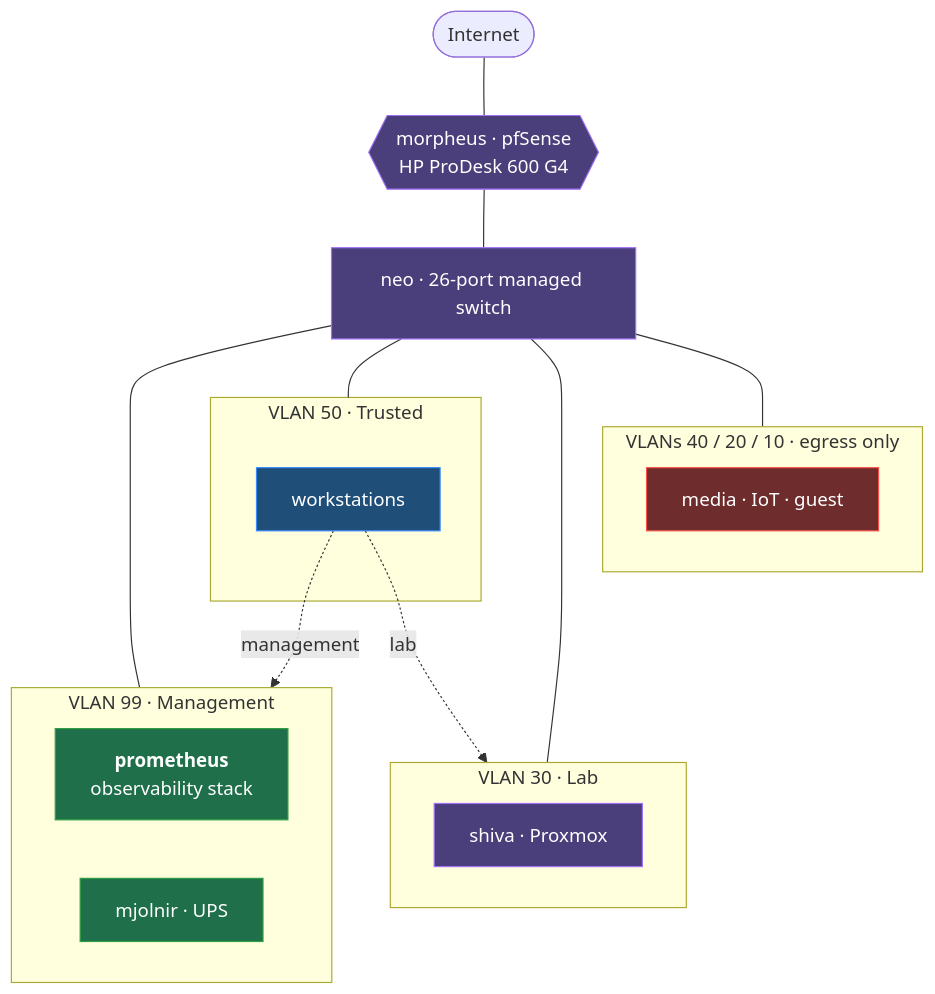
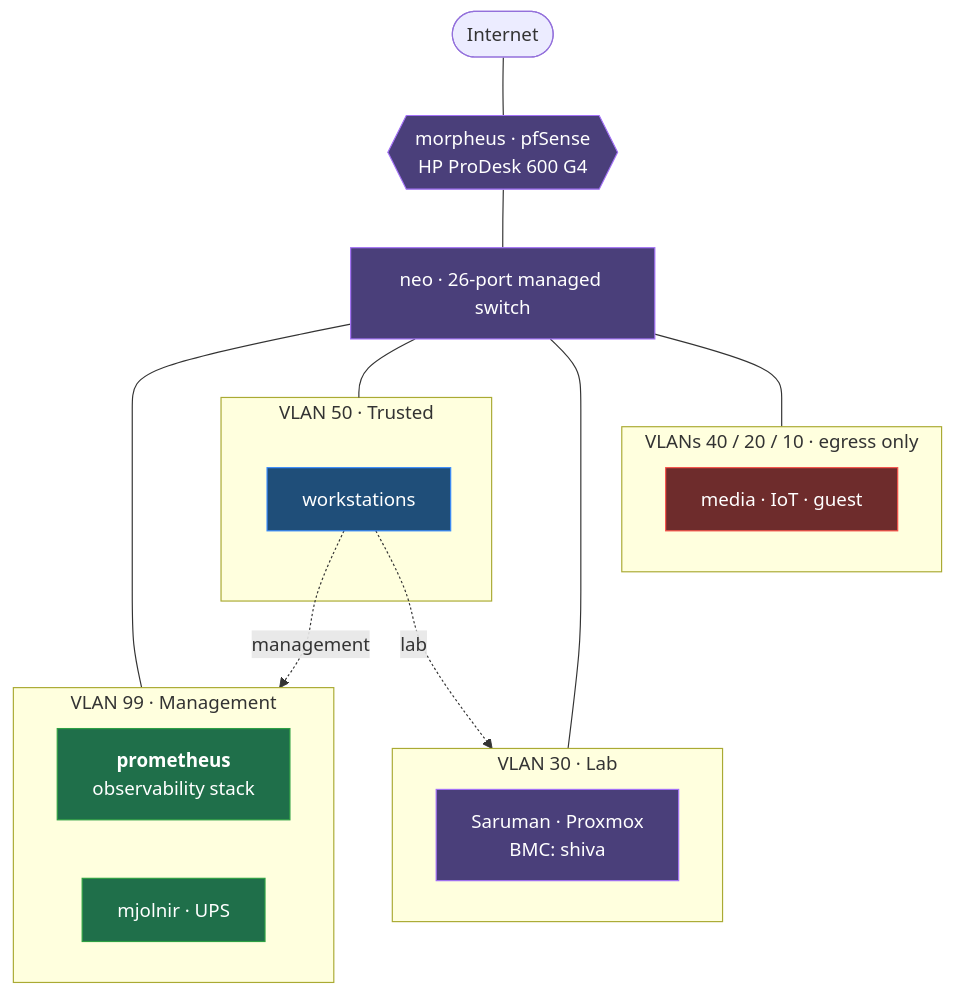
One commit to Gerrrt/HomeLab changed the diagram in README.md. Above: the diagram before and after it, drawn with Mermaid. The commit also changed 5 other files, not shown here.

````diff
--- a/README.md
+++ b/README.md
@@ -66,35 +66,35 @@
 ```mermaid
 graph TB
     INET([Internet]) --- FW{{"morpheus · pfSense<br/>HP ProDesk 600 G4"}}
     FW --- SW[neo · 26-port managed switch]
 
     subgraph V99["VLAN 99 · Management"]
         MON["<b>prometheus</b><br/>observability stack"]
         UPS["mjolnir · UPS"]
     end
     subgraph V50["VLAN 50 · Trusted"]
         WS["workstations"]
     end
     subgraph V30["VLAN 30 · Lab"]
-        HV["shiva · Proxmox"]
+        HV["Saruman · Proxmox<br/>BMC: shiva"]
     end
     subgraph Terminal["VLANs 40 / 20 / 10 · egress only"]
         UNTRUSTED["media · IoT · guest"]
     end
 
     SW --- V99
     SW --- V50
     SW --- V30
     SW --- Terminal
     WS -.->|management| V99
     WS -.->|lab| V30
 
     classDef mgmt fill:#1f6f4a,stroke:#2ea043,color:#fff
     classDef trusted fill:#1f4e79,stroke:#388bfd,color:#fff
     classDef untrusted fill:#6e2c2c,stroke:#f85149,color:#fff
     classDef infra fill:#4a3f7a,stroke:#a371f7,color:#fff
     class MON,UPS mgmt
     class WS trusted
     class UNTRUSTED untrusted
     class HV,FW,SW infra
 ```
````
